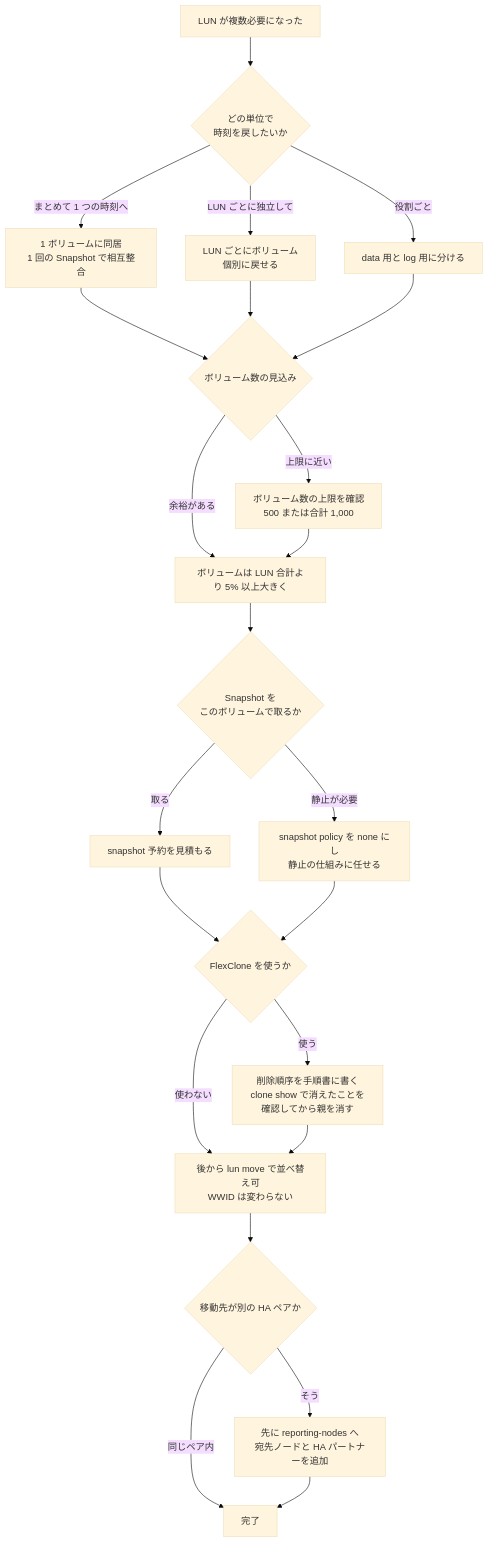
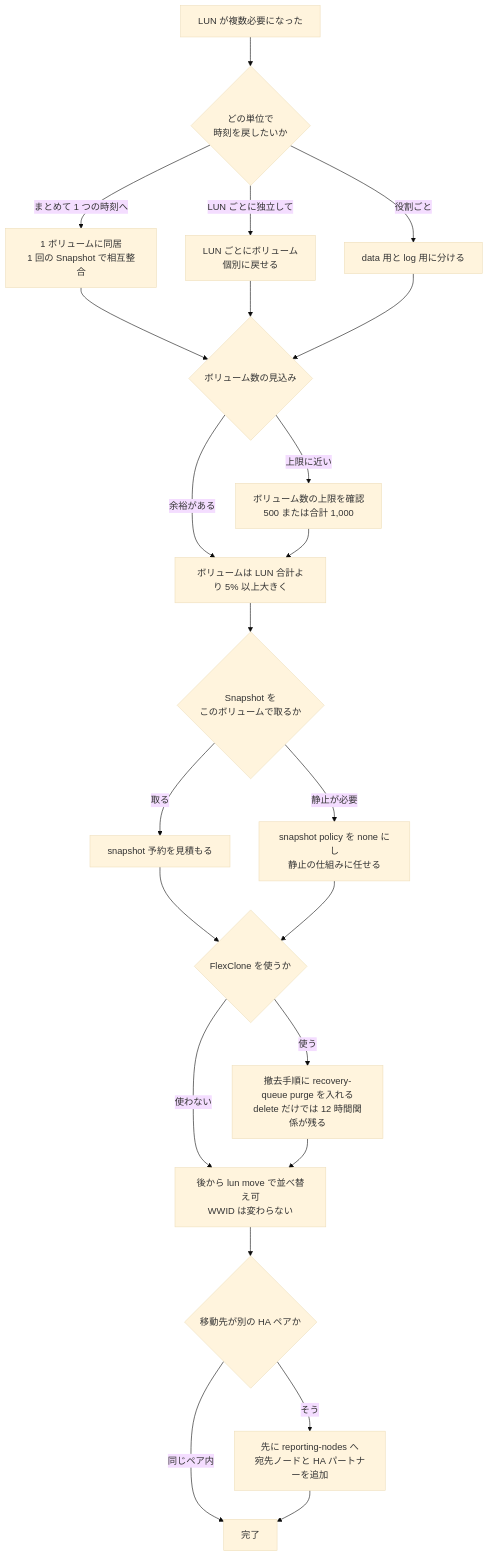
One commit to Yoshiki0705/FSx-for-ONTAP-Adoption-Playbook changed the diagram in docs/ja/domains/block-storage/notes/lun-layout-decides-recovery-granularity.md. Above: the diagram before and after it, drawn with Mermaid (base theme). The commit also changed other lines of this file and 2 other files, not shown here.

````diff
--- a/docs/ja/domains/block-storage/notes/lun-layout-decides-recovery-granularity.md
+++ b/docs/ja/domains/block-storage/notes/lun-layout-decides-recovery-granularity.md
@@ -170,31 +206,31 @@
 ```mermaid
 graph TD
     S[LUN が複数必要になった] --> R{どの単位で<br/>時刻を戻したいか}
     R -->|まとめて 1 つの時刻へ| ONE["1 ボリュームに同居<br/>1 回の Snapshot で相互整合"]
     R -->|LUN ごとに独立して| MANY["LUN ごとにボリューム<br/>個別に戻せる"]
     R -->|役割ごと| ROLE["data 用と log 用に分ける"]
 
     ONE --> V{ボリューム数の見込み}
     MANY --> V
     ROLE --> V
     V -->|上限に近い| VLIM["ボリューム数の上限を確認<br/>500 または合計 1,000"]
     V -->|余裕がある| CAP
 
     VLIM --> CAP
     CAP["ボリュームは LUN 合計より 5% 以上大きく"]
     CAP --> SNAP{Snapshot を<br/>このボリュームで取るか}
     SNAP -->|取る| S1["snapshot 予約を見積もる"]
     SNAP -->|静止が必要| S2["snapshot policy を none にし<br/>静止の仕組みに任せる"]
 
     S1 --> CLONE
     S2 --> CLONE
     CLONE{FlexClone を使うか}
-    CLONE -->|使う| C1["削除順序を手順書に書く<br/>clone show で消えたことを確認してから親を消す"]
+    CLONE -->|使う| C1["撤去手順に recovery-queue purge を入れる<br/>delete だけでは 12 時間関係が残る"]
     CLONE -->|使わない| MOVE
     C1 --> MOVE
     MOVE["後から lun move で並べ替え可<br/>WWID は変わらない"]
     MOVE --> HA{移動先が別の HA ペアか}
     HA -->|そう| HA1["先に reporting-nodes へ<br/>宛先ノードと HA パートナーを追加"]
     HA -->|同じペア内| DONE[完了]
     HA1 --> DONE
 ```
````
